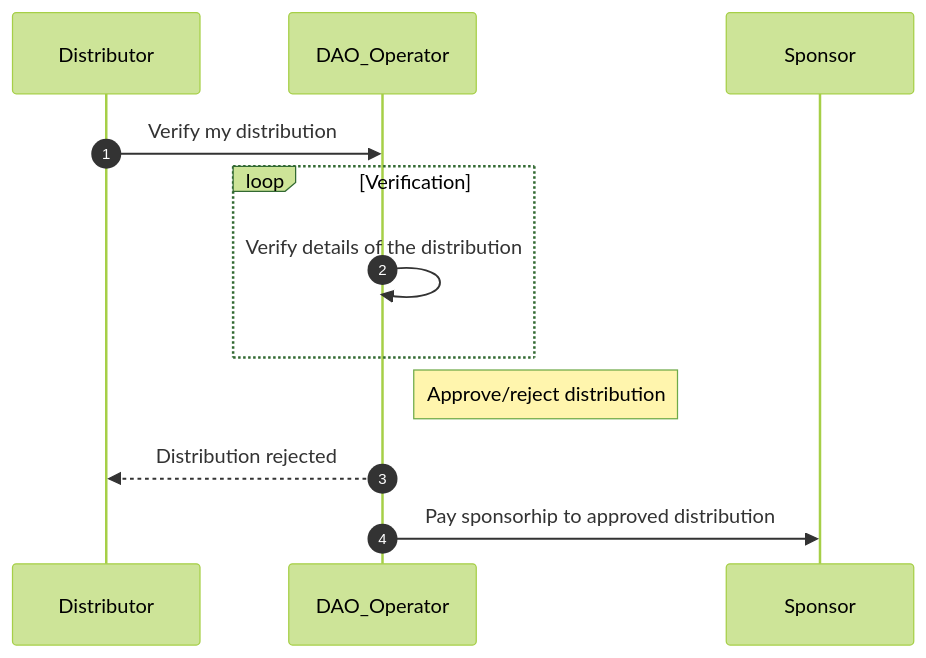
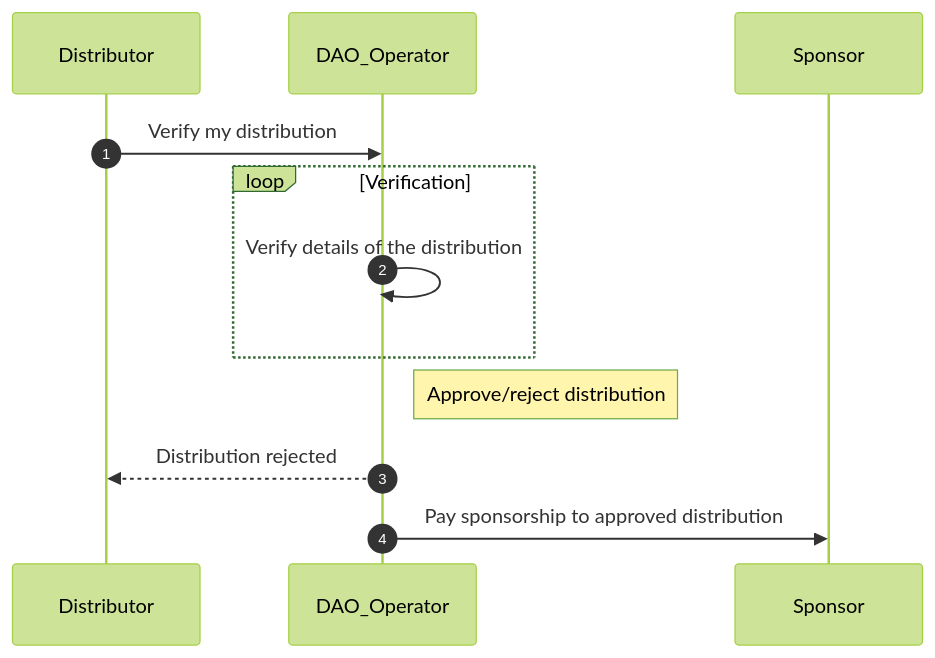
Before and after one commit to elimu-ai/web3-sponsors: the diagram in README.md, drawn with Mermaid (forest theme).

Commit message:
Update README.md
fix typo

````diff
--- a/README.md
+++ b/README.md
@@ -13,11 +13,11 @@
 ```mermaid
 sequenceDiagram
     autonumber
     Distributor->>DAO_Operator: Verify my distribution
     loop Verification
         DAO_Operator->>DAO_Operator: Verify details of the distribution
     end
     Note right of DAO_Operator: Approve/reject distribution
     DAO_Operator-->>Distributor: Distribution rejected
-    DAO_Operator->>Sponsor: Pay sponsorhip to approved distribution
+    DAO_Operator->>Sponsor: Pay sponsorship to approved distribution
 ```
````
